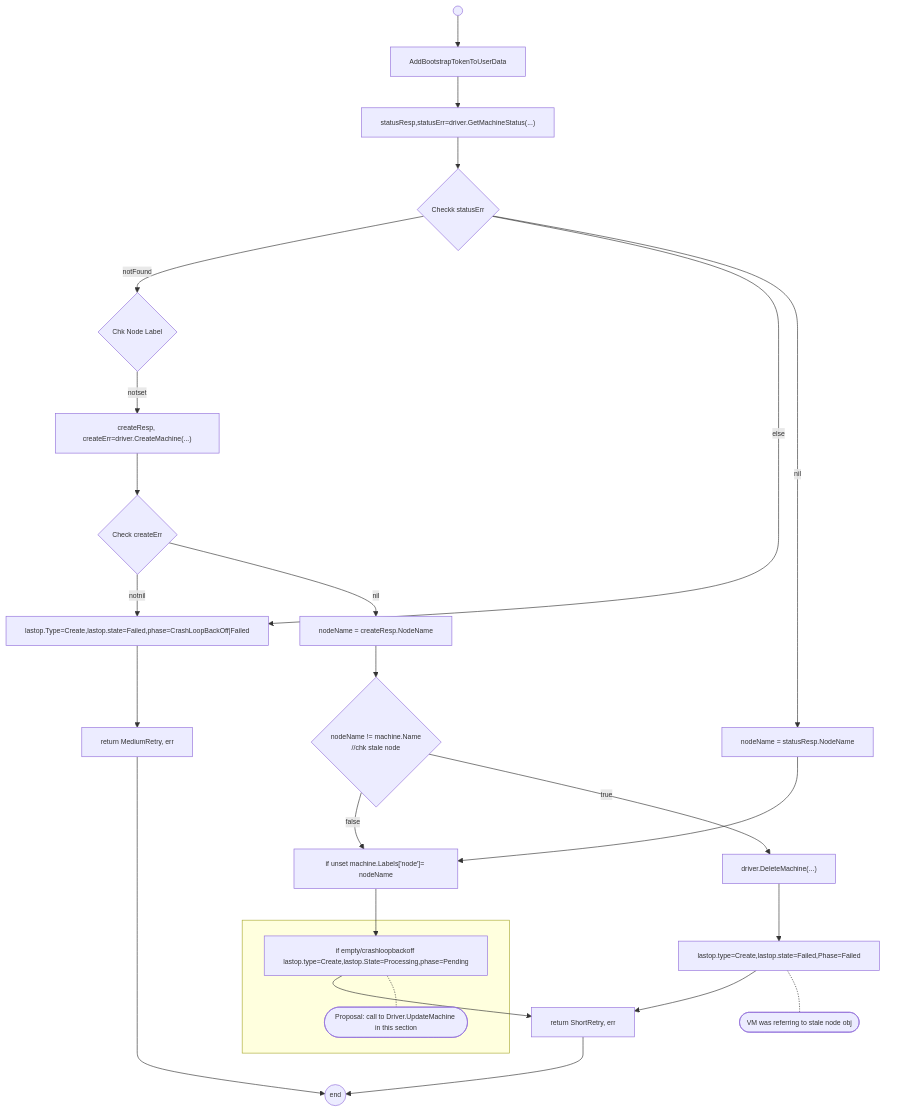
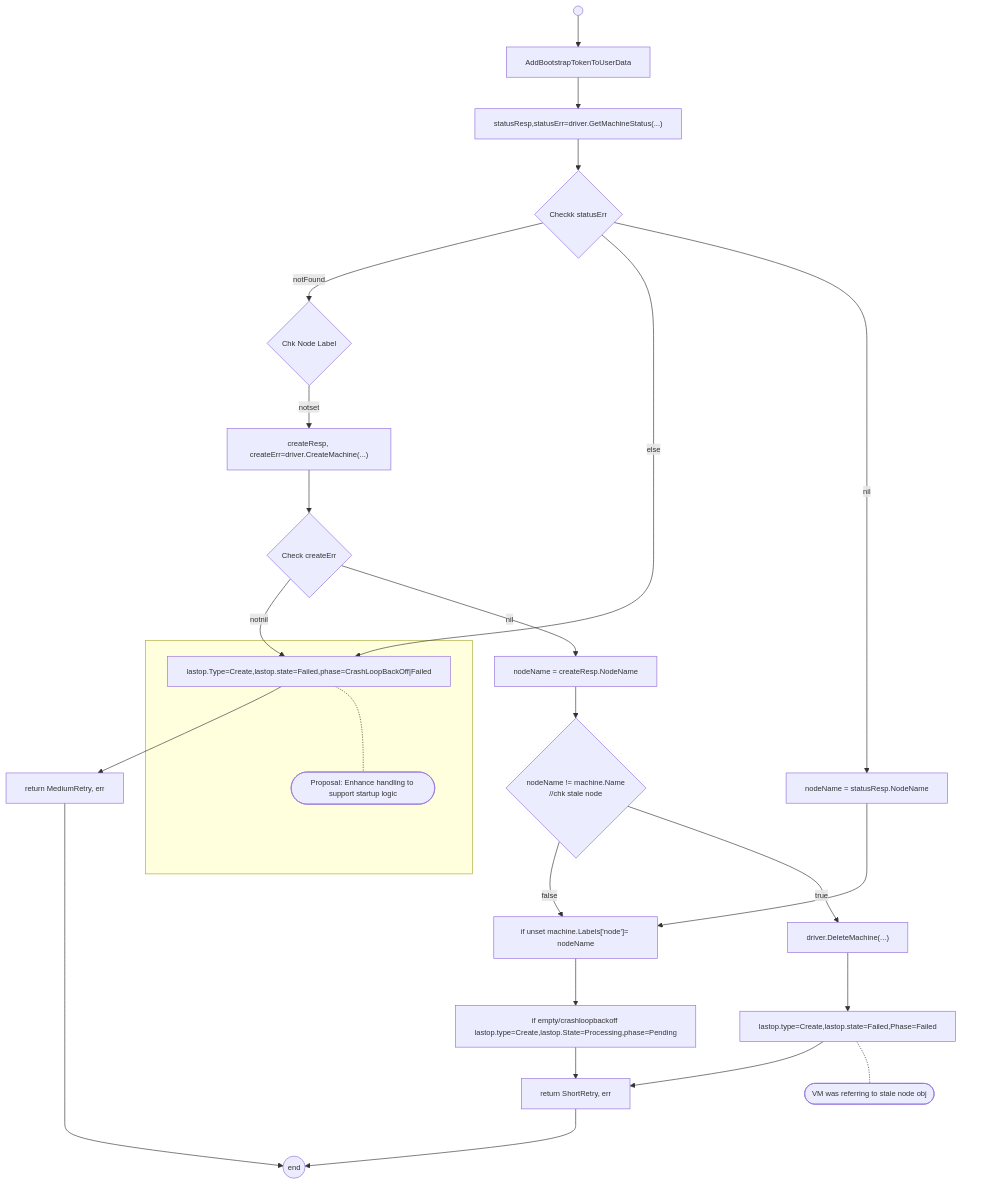
The second of 2 diagrams in docs/proposals/update-machine.md (gardener/machine-controller-manager), drawn with Mermaid before and after one commit. The commit also changed other lines of this file, not shown here.

Commit message:
changed design to post-creation logic

````diff
--- a/docs/proposals/update-machine.md
+++ b/docs/proposals/update-machine.md
@@ -89,47 +69,47 @@
 ```mermaid
 %%{ init: {
     'themeVariables':
-        { 'fontSize': '11px'}
+        { 'fontSize': '12px'}
 } }%%
 flowchart TD
 
 
 end1(("end"))
 begin((" "))
 medretry["return MediumRetry, err"]
 shortretry["return ShortRetry, err"]
 medretry-->end1
 shortretry-->end1
 
 begin-->AddBootstrapTokenToUserData
 -->gms["statusResp,statusErr=driver.GetMachineStatus(...)"]
 -->chkstatuserr{"Checkk statusErr"}
 chkstatuserr--notFound-->chknodelbl{"Chk Node Label"}
 chkstatuserr--else-->createFailed["lastop.Type=Create,lastop.state=Failed,phase=CrashLoopBackOff|Failed"]-->medretry
 chkstatuserr--nil-->initnodename["nodeName = statusResp.NodeName"]-->setnodename
 
 
 chknodelbl--notset-->createmachine["createResp, createErr=driver.CreateMachine(...)"]-->chkCreateErr{"Check createErr"}
 
 chkCreateErr--notnil-->createFailed
 
 chkCreateErr--nil-->getnodename["nodeName = createResp.NodeName"]
 -->chkstalenode{"nodeName != machine.Name\n//chk stale node"}
 chkstalenode--false-->setnodename["if unset machine.Labels['node']= nodeName"]
 -->machinepending["if empty/crashloopbackoff lastop.type=Create,lastop.State=Processing,phase=Pending"]
 -->shortretry
 
 chkstalenode--true-->delmachine["driver.DeleteMachine(...)"]
 -->permafail["lastop.type=Create,lastop.state=Failed,Phase=Failed"]
 -->shortretry
 
 subgraph noteA [" "]
     permafail -.- note1(["VM was referring to stale node obj"])
 end
 style noteA opacity:0
 
+
 subgraph noteB [" "]
-    machinepending -.- note2(["Proposal: call to Driver.UpdateMachine in this section"])
+    createFailed-.- note2(["Proposal: Enhance handling to support startup logic"])
 end
-
 ```
````
